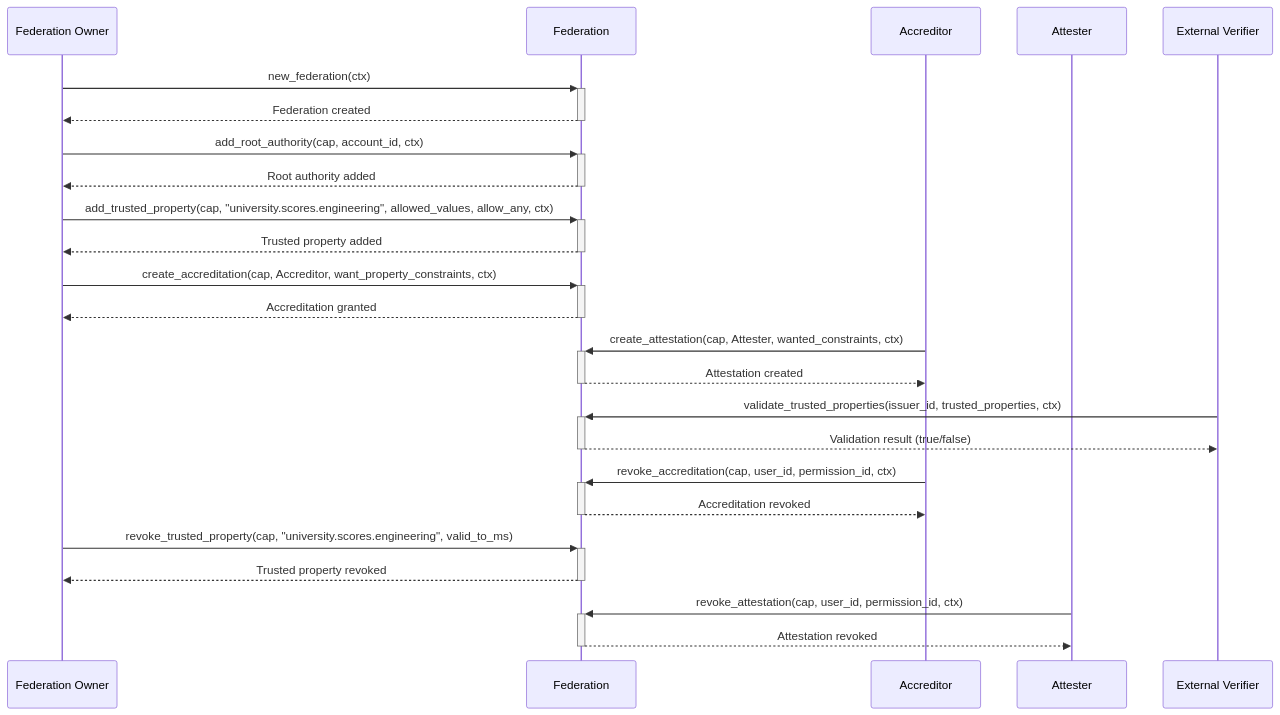
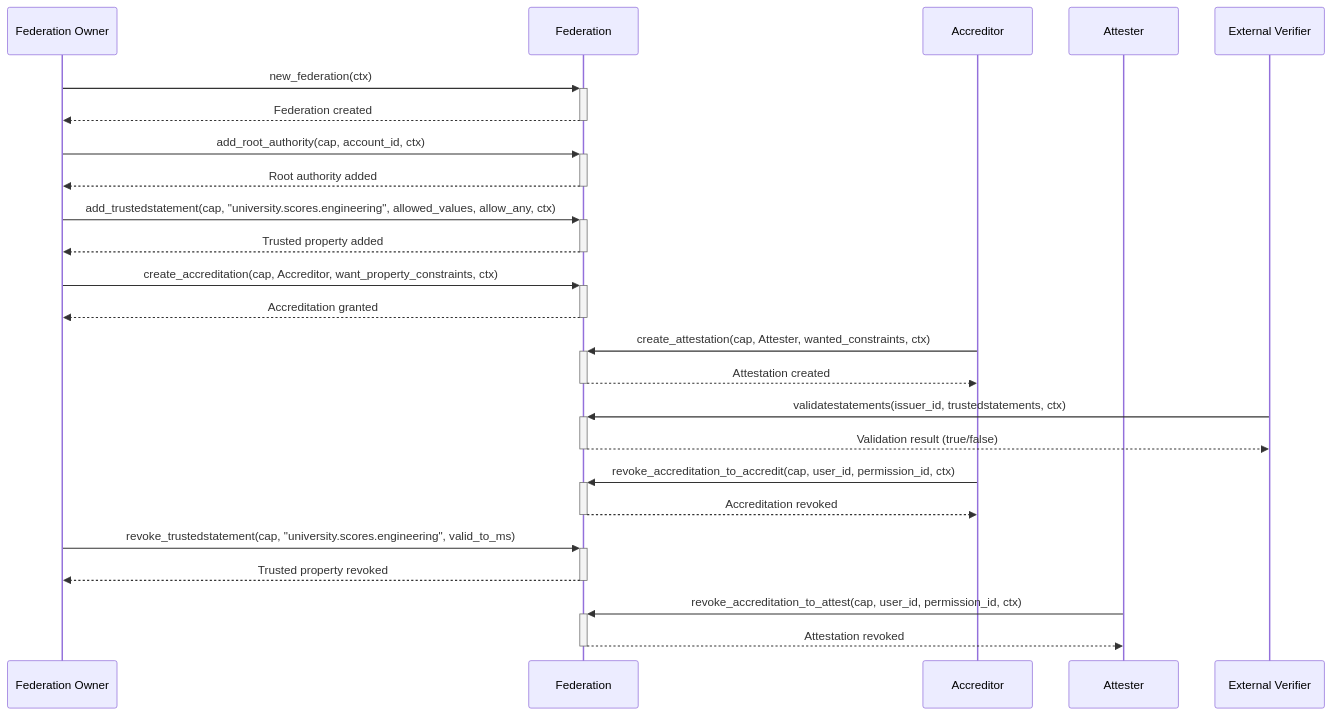
One commit to iotaledger/hierarchies changed the third of 3 diagrams in README.md. Above: the diagram before and after it, drawn with Mermaid. The commit also changed other lines of this file and 32 other files, not shown here.

````diff
--- a/README.md
+++ b/README.md
@@ -257,35 +259,35 @@
 ```mermaid
 sequenceDiagram
     participant FederationOwner as Federation Owner
     participant Federation
     participant Accreditor
     participant Attester
     participant Verifier as External Verifier
 
     FederationOwner->>+Federation: new_federation(ctx)
     Federation-->>-FederationOwner: Federation created
 
     FederationOwner->>+Federation: add_root_authority(cap, account_id, ctx)
     Federation-->>-FederationOwner: Root authority added
 
-    FederationOwner->>+Federation: add_trusted_property(cap, "university.scores.engineering", allowed_values, allow_any, ctx)
+    FederationOwner->>+Federation: add_trustedstatement(cap, "university.scores.engineering", allowed_values, allow_any, ctx)
     Federation-->>-FederationOwner: Trusted property added
 
     FederationOwner->>+Federation: create_accreditation(cap, Accreditor, want_property_constraints, ctx)
     Federation-->>-FederationOwner: Accreditation granted
 
     Accreditor->>+Federation: create_attestation(cap, Attester, wanted_constraints, ctx)
     Federation-->>-Accreditor: Attestation created
 
-    Verifier->>+Federation: validate_trusted_properties(issuer_id, trusted_properties, ctx)
+    Verifier->>+Federation: validatestatements(issuer_id, trustedstatements, ctx)
     Federation-->>-Verifier: Validation result (true/false)
 
-    Accreditor->>+Federation: revoke_accreditation(cap, user_id, permission_id, ctx)
+    Accreditor->>+Federation: revoke_accreditation_to_accredit(cap, user_id, permission_id, ctx)
     Federation-->>-Accreditor: Accreditation revoked
 
-    FederationOwner->>+Federation: revoke_trusted_property(cap, "university.scores.engineering", valid_to_ms)
+    FederationOwner->>+Federation: revoke_trustedstatement(cap, "university.scores.engineering", valid_to_ms)
     Federation-->>-FederationOwner: Trusted property revoked
 
-    Attester->>+Federation: revoke_attestation(cap, user_id, permission_id, ctx)
+    Attester->>+Federation: revoke_accreditation_to_attest(cap, user_id, permission_id, ctx)
     Federation-->>-Attester: Attestation revoked
 ```
````
